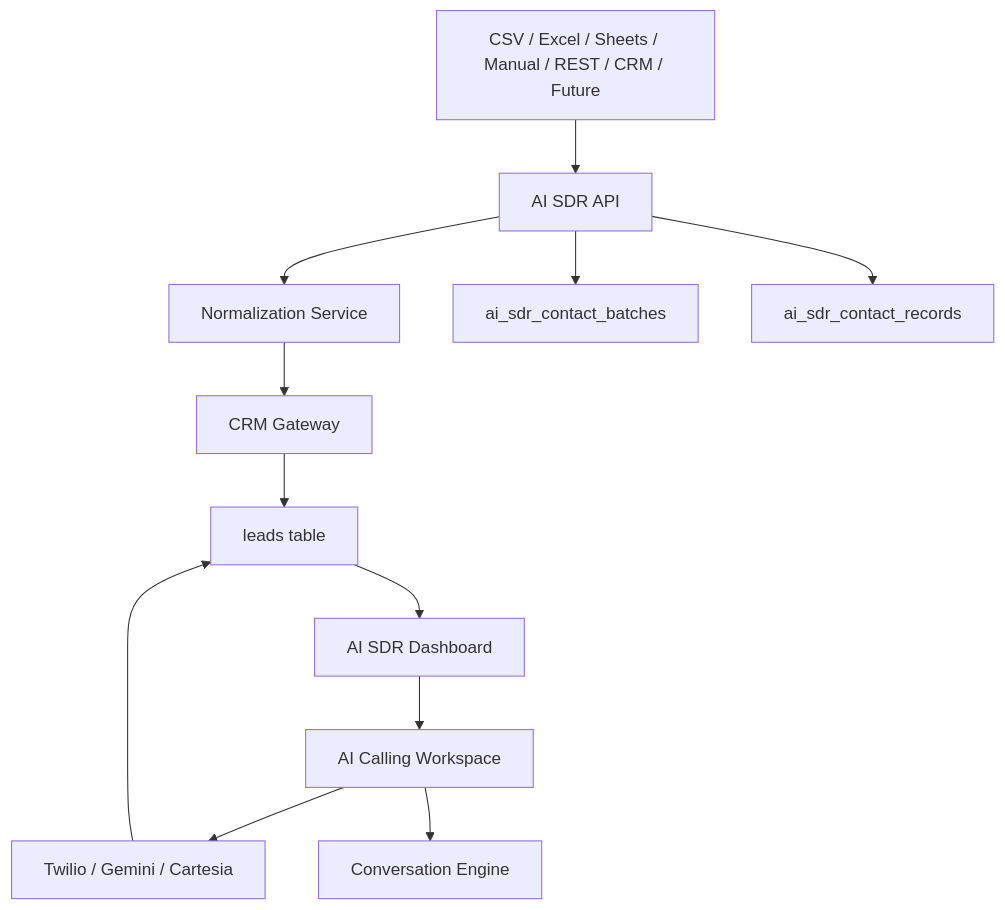
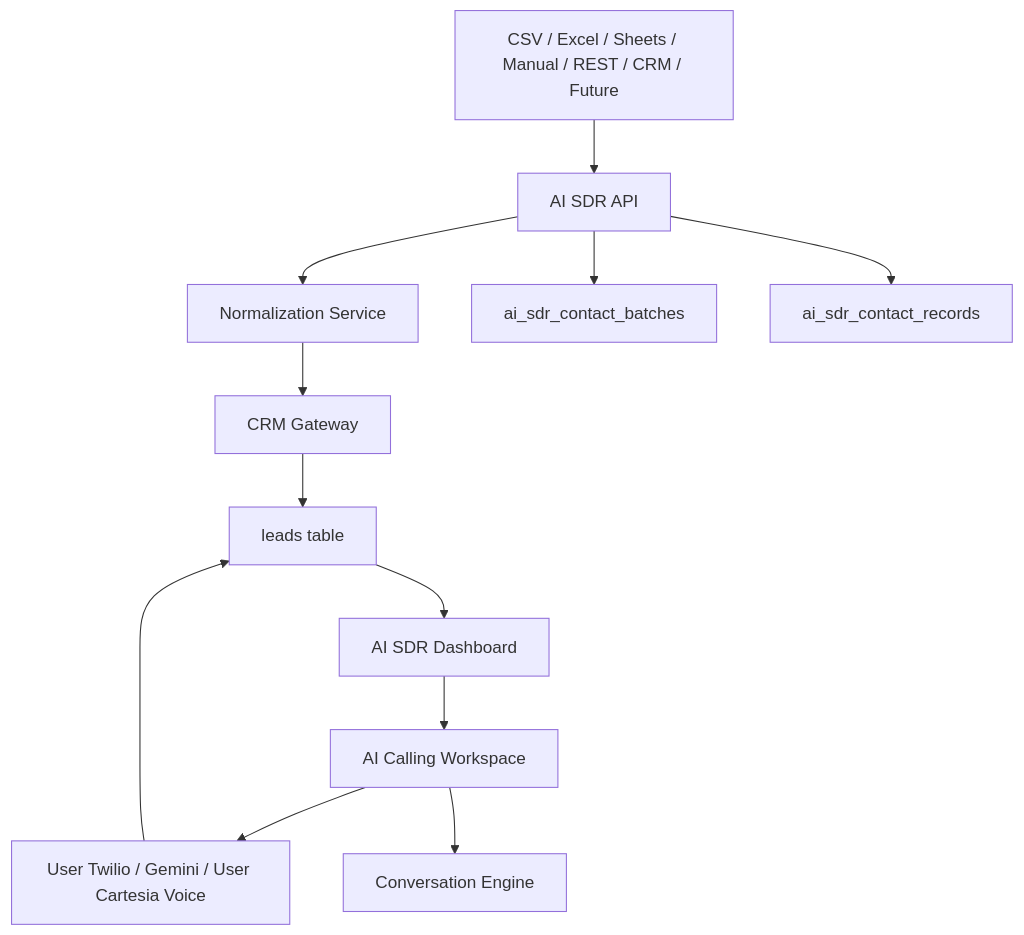
The diagram in docs/modules/AISDR.md (Zeeshan-py/LeadGen), drawn with Mermaid before and after one commit. The commit also changed other lines of this file and 21 other files, not shown here.

Commit message:
Add per-user Twilio voice settings

````diff
--- a/docs/modules/AISDR.md
+++ b/docs/modules/AISDR.md
@@ -21,14 +22,14 @@
 ```mermaid
 flowchart TD
     Sources["CSV / Excel / Sheets / Manual / REST / CRM / Future"] --> API["AI SDR API"]
     API --> Normalize["Normalization Service"]
     Normalize --> Gateway["CRM Gateway"]
     Gateway --> CRM["leads table"]
     API --> Batch["ai_sdr_contact_batches"]
     API --> Records["ai_sdr_contact_records"]
     CRM --> Dashboard["AI SDR Dashboard"]
     Dashboard --> Calling["AI Calling Workspace"]
-    Calling --> Providers["Twilio / Gemini / Cartesia"]
+    Calling --> Providers["User Twilio / Gemini / User Cartesia Voice"]
     Providers --> CRM
     Calling --> Conversation["Conversation Engine"]
 ```
````
